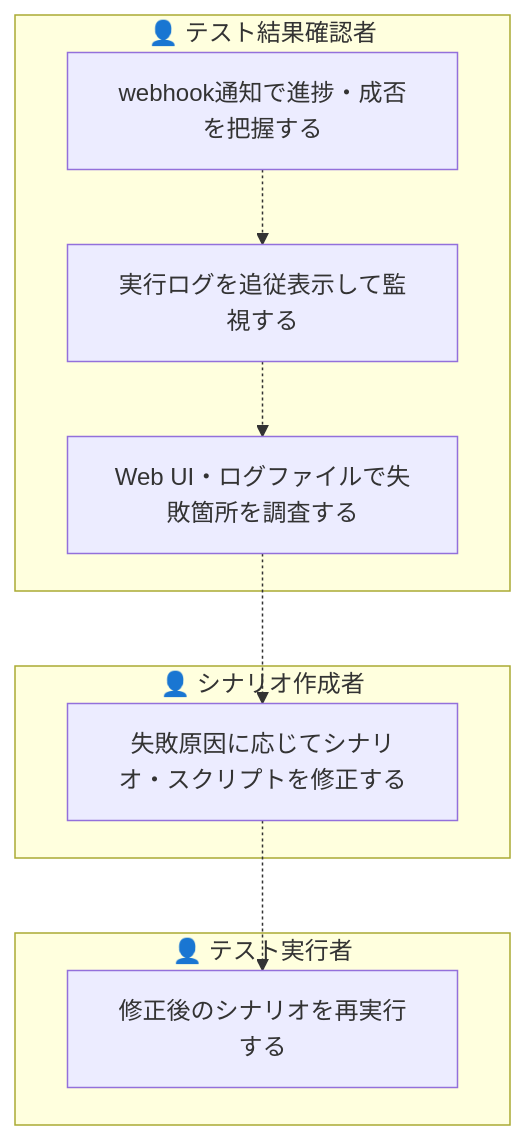
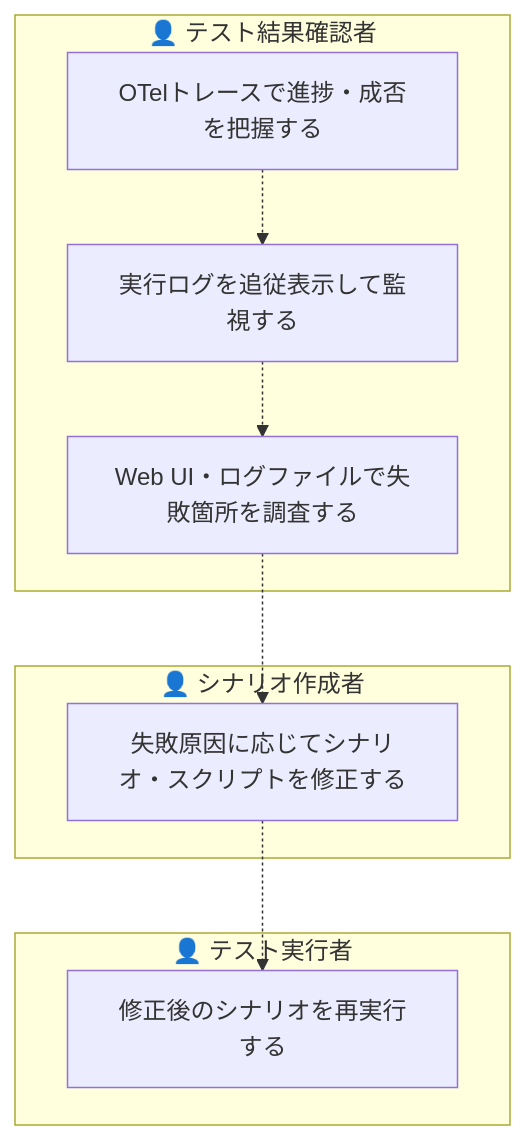
One commit to scenario-test-framework/stfw changed the ninth of 9 diagrams in docs/rdra/latest/views/03_業務フロー.md. Above: the diagram before and after it, drawn with Mermaid. The commit also changed other lines of this file and 26 other files, not shown here.

````diff
--- a/docs/rdra/latest/views/03_業務フロー.md
+++ b/docs/rdra/latest/views/03_業務フロー.md
@@ -217,18 +217,18 @@
 ```mermaid
 graph TD
   subgraph LN1["👤 テスト結果確認者"]
-    AT1["webhook通知で進捗・成否を把握する"]
+    AT1["OTelトレースで進捗・成否を把握する"]
     AT2["実行ログを追従表示して監視する"]
     AT3["Web UI・ログファイルで失敗箇所を調査する"]
   end
   subgraph LN2["👤 シナリオ作成者"]
     AT4["失敗原因に応じてシナリオ・スクリプトを修正する"]
   end
   subgraph LN3["👤 テスト実行者"]
     AT5["修正後のシナリオを再実行する"]
   end
   AT1 -.-> AT2
   AT2 -.-> AT3
   AT3 -.-> AT4
   AT4 -.-> AT5
 ```
````
